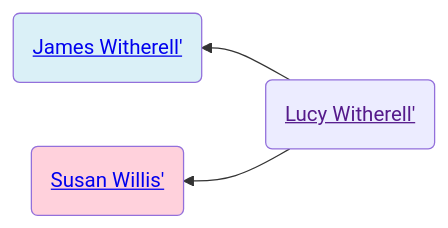
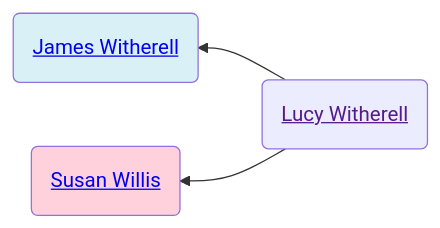
The first of 2 diagrams in familyhistory/sources/people/Merrill-line/Lucy_Witherell.qmd (neelsmith/avocational), drawn with Mermaid before and after one commit. The commit also changed other lines of this file and 96 other files, not shown here.

````diff
--- a/familyhistory/sources/people/Merrill-line/Lucy_Witherell.qmd
+++ b/familyhistory/sources/people/Merrill-line/Lucy_Witherell.qmd
@@ -26,12 +26,12 @@
 ```{mermaid}
 graph RL
 %% RL ancestor diagram
-Lucy_Witherell(<a href=''>Lucy Witherell'</>) -->  James_Witherell(<a href='./James_Witherell.html'>James Witherell'</>)
+Lucy_Witherell(<a href=''>Lucy Witherell</a>) -->  James_Witherell(<a href='./James_Witherell.html'>James Witherell</a>)
 class James_Witherell father
-Lucy_Witherell(<a href=''>Lucy Witherell'</>)  --> Susan_Willis(<a href='./Willis-line/Susan_Willis.html'>Susan Willis'</>)
+Lucy_Witherell(<a href=''>Lucy Witherell</a>)  --> Susan_Willis(<a href='./Willis-line/Susan_Willis.html'>Susan Willis</a>)
 class Susan_Willis mother
 classDef mother fill:#ffd1dc
 classDef father fill:#daf0f7  
 classDef marriage fill:#ffffff
 
 ```
````
